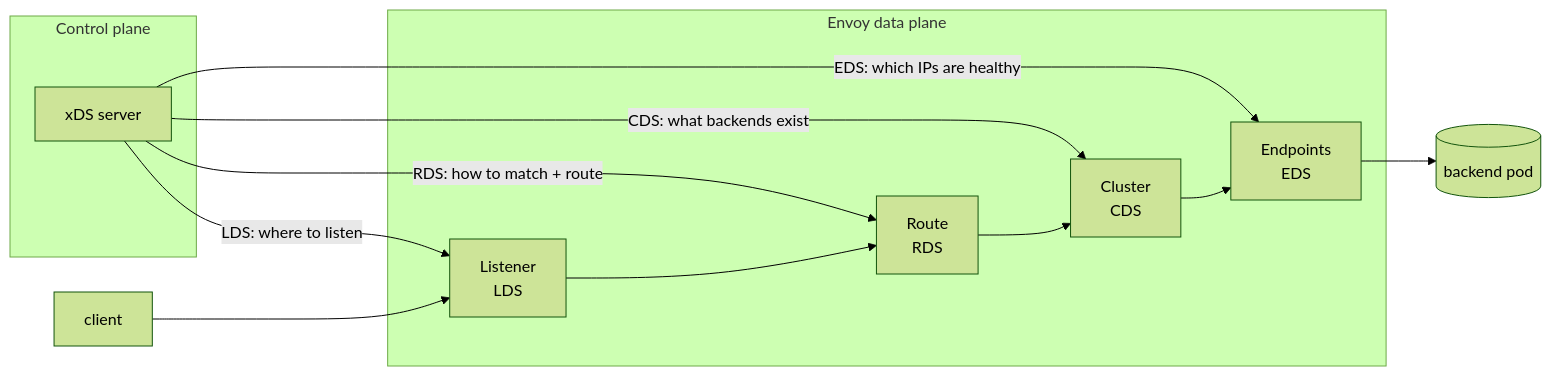
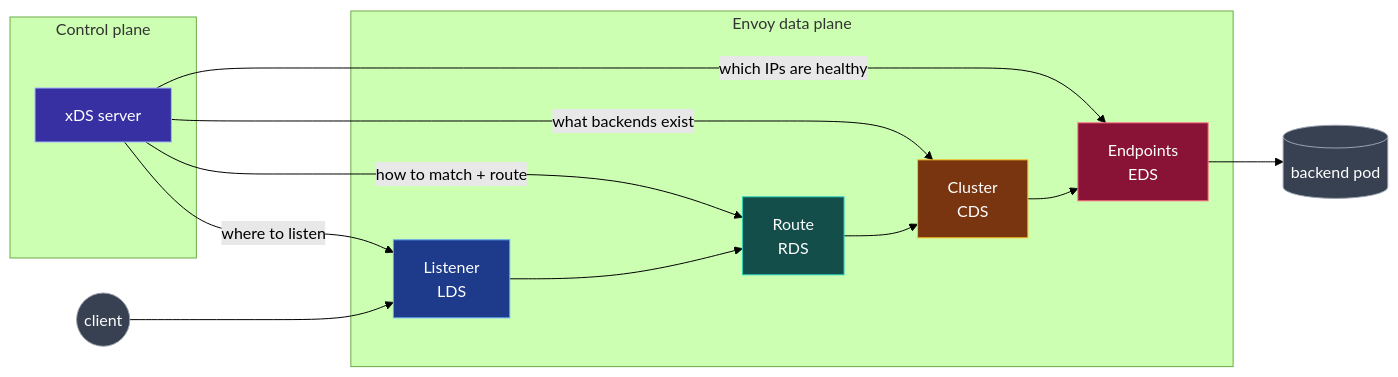
The diagram in README.md (0-draft/envoy-xds-deep-dive), drawn with Mermaid (forest theme) before and after one commit. The commit also changed other lines of this file and 27 other files, not shown here.

First line of the commit message:
docs: semantic color, distinct shapes, and a11y metadata for all mermaid diagrams

````diff
--- a/README.md
+++ b/README.md
@@ -29,19 +29,33 @@
 ```mermaid
 flowchart LR
+    accTitle: How xDS configures the Envoy data path
+    accDescr: A control-plane xDS server pushes LDS, RDS, CDS and EDS to Envoy. A request flows from client to Listener to Route to Cluster to Endpoint to backend pod.
     subgraph CP[Control plane]
         X[xDS server]
     end
     subgraph DP[Envoy data plane]
         L[Listener<br/>LDS]
         R[Route<br/>RDS]
         C[Cluster<br/>CDS]
         E[Endpoints<br/>EDS]
     end
-    X -- "LDS: where to listen" --> L
-    X -- "RDS: how to match + route" --> R
-    X -- "CDS: what backends exist" --> C
-    X -- "EDS: which IPs are healthy" --> E
+    X -- "where to listen" --> L
+    X -- "how to match + route" --> R
+    X -- "what backends exist" --> C
+    X -- "which IPs are healthy" --> E
     L --> R --> C --> E
-    client[client] --> L
+    client((client)) --> L
     E --> backend[(backend pod)]
+    class X cp
+    class L lds
+    class R rds
+    class C cds
+    class E eds
+    class client,backend ext
+    classDef cp fill:#3730a3,stroke:#a5b4fc,color:#fff
+    classDef lds fill:#1e3a8a,stroke:#60a5fa,color:#fff
+    classDef rds fill:#134e4a,stroke:#2dd4bf,color:#fff
+    classDef cds fill:#78350f,stroke:#fbbf24,color:#fff
+    classDef eds fill:#881337,stroke:#fb7185,color:#fff
+    classDef ext fill:#374151,stroke:#9ca3af,color:#fff
 ```
````
